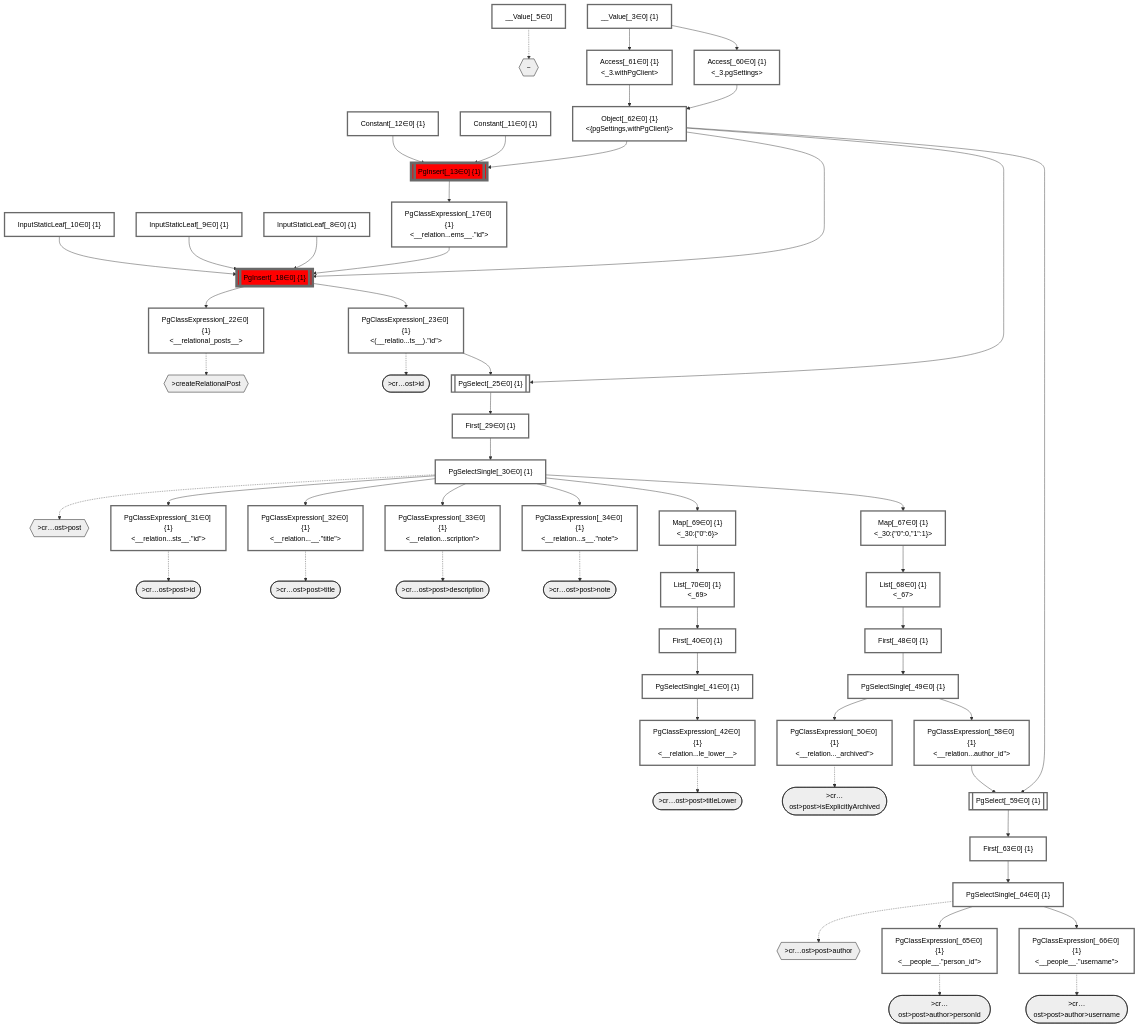
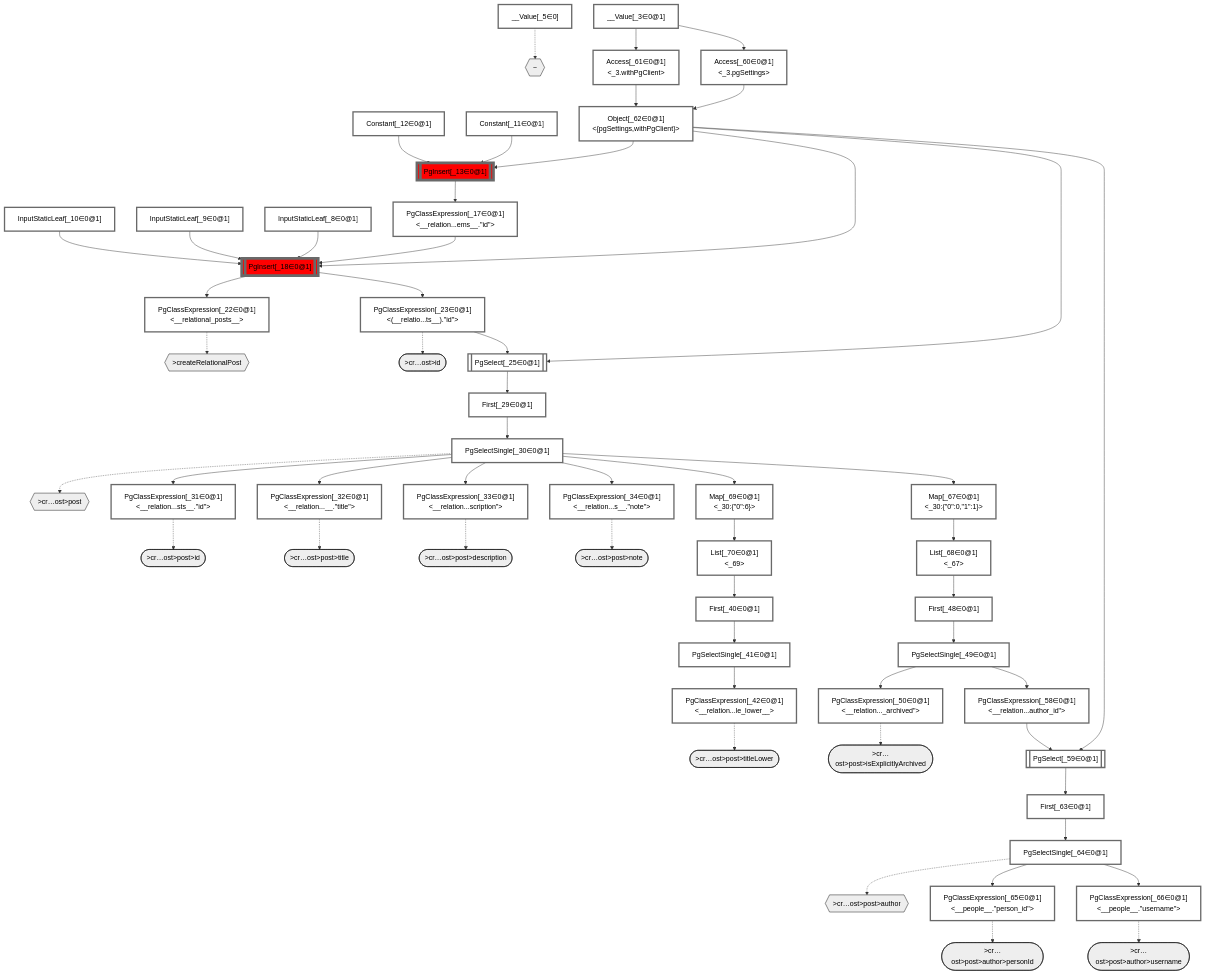
One commit to graphile/crystal changed the diagram in packages/dataplan-pg/__tests__/mutations/basics/create-relational-post.deopt.mermaid.md. Above: the diagram before and after it, drawn with Mermaid. The commit also changed 41 other files, not shown here.

Commit message:
New mermaid output with primary group IDs

```diff
--- a/packages/dataplan-pg/__tests__/mutations/basics/create-relational-post.deopt.mermaid.md
+++ b/packages/dataplan-pg/__tests__/mutations/basics/create-relational-post.deopt.mermaid.md
@@ -34,44 +34,44 @@
     %% end
 
     %% define plans
-    __Value_3["__Value[_3∈0] {1}<br /><context>"]:::plan
+    __Value_3["__Value[_3∈0@1]<br /><context>"]:::plan
     __Value_5["__Value[_5∈0]<br /><rootValue>"]:::plan
-    InputStaticLeaf_8["InputStaticLeaf[_8∈0] {1}"]:::plan
-    InputStaticLeaf_9["InputStaticLeaf[_9∈0] {1}"]:::plan
-    InputStaticLeaf_10["InputStaticLeaf[_10∈0] {1}"]:::plan
-    Constant_11["Constant[_11∈0] {1}"]:::plan
-    Constant_12["Constant[_12∈0] {1}"]:::plan
-    PgInsert_13[["PgInsert[_13∈0] {1}"]]:::sideeffectplan
-    PgClassExpression_17["PgClassExpression[_17∈0] {1}<br /><__relation...ems__.#quot;id#quot;>"]:::plan
-    PgInsert_18[["PgInsert[_18∈0] {1}"]]:::sideeffectplan
-    PgClassExpression_22["PgClassExpression[_22∈0] {1}<br /><__relational_posts__>"]:::plan
-    PgClassExpression_23["PgClassExpression[_23∈0] {1}<br /><(__relatio...ts__).#quot;id#quot;>"]:::plan
-    PgSelect_25[["PgSelect[_25∈0] {1}<br /><relational_posts>"]]:::plan
-    First_29["First[_29∈0] {1}"]:::plan
-    PgSelectSingle_30["PgSelectSingle[_30∈0] {1}<br /><relational_posts>"]:::plan
-    PgClassExpression_31["PgClassExpression[_31∈0] {1}<br /><__relation...sts__.#quot;id#quot;>"]:::plan
-    PgClassExpression_32["PgClassExpression[_32∈0] {1}<br /><__relation...__.#quot;title#quot;>"]:::plan
-    PgClassExpression_33["PgClassExpression[_33∈0] {1}<br /><__relation...scription#quot;>"]:::plan
-    PgClassExpression_34["PgClassExpression[_34∈0] {1}<br /><__relation...s__.#quot;note#quot;>"]:::plan
-    First_40["First[_40∈0] {1}"]:::plan
-    PgSelectSingle_41["PgSelectSingle[_41∈0] {1}<br /><text>"]:::plan
-    PgClassExpression_42["PgClassExpression[_42∈0] {1}<br /><__relation...le_lower__>"]:::plan
-    First_48["First[_48∈0] {1}"]:::plan
-    PgSelectSingle_49["PgSelectSingle[_49∈0] {1}<br /><relational_items>"]:::plan
-    PgClassExpression_50["PgClassExpression[_50∈0] {1}<br /><__relation..._archived#quot;>"]:::plan
-    PgClassExpression_58["PgClassExpression[_58∈0] {1}<br /><__relation...author_id#quot;>"]:::plan
-    PgSelect_59[["PgSelect[_59∈0] {1}<br /><people>"]]:::plan
-    Access_60["Access[_60∈0] {1}<br /><_3.pgSettings>"]:::plan
-    Access_61["Access[_61∈0] {1}<br /><_3.withPgClient>"]:::plan
-    Object_62["Object[_62∈0] {1}<br /><{pgSettings,withPgClient}>"]:::plan
-    First_63["First[_63∈0] {1}"]:::plan
-    PgSelectSingle_64["PgSelectSingle[_64∈0] {1}<br /><people>"]:::plan
-    PgClassExpression_65["PgClassExpression[_65∈0] {1}<br /><__people__.#quot;person_id#quot;>"]:::plan
-    PgClassExpression_66["PgClassExpression[_66∈0] {1}<br /><__people__.#quot;username#quot;>"]:::plan
-    Map_67["Map[_67∈0] {1}<br /><_30:{#quot;0#quot;:0,#quot;1#quot;:1}>"]:::plan
-    List_68["List[_68∈0] {1}<br /><_67>"]:::plan
-    Map_69["Map[_69∈0] {1}<br /><_30:{#quot;0#quot;:6}>"]:::plan
-    List_70["List[_70∈0] {1}<br /><_69>"]:::plan
+    InputStaticLeaf_8["InputStaticLeaf[_8∈0@1]"]:::plan
+    InputStaticLeaf_9["InputStaticLeaf[_9∈0@1]"]:::plan
+    InputStaticLeaf_10["InputStaticLeaf[_10∈0@1]"]:::plan
+    Constant_11["Constant[_11∈0@1]"]:::plan
+    Constant_12["Constant[_12∈0@1]"]:::plan
+    PgInsert_13[["PgInsert[_13∈0@1]"]]:::sideeffectplan
+    PgClassExpression_17["PgClassExpression[_17∈0@1]<br /><__relation...ems__.#quot;id#quot;>"]:::plan
+    PgInsert_18[["PgInsert[_18∈0@1]"]]:::sideeffectplan
+    PgClassExpression_22["PgClassExpression[_22∈0@1]<br /><__relational_posts__>"]:::plan
+    PgClassExpression_23["PgClassExpression[_23∈0@1]<br /><(__relatio...ts__).#quot;id#quot;>"]:::plan
+    PgSelect_25[["PgSelect[_25∈0@1]<br /><relational_posts>"]]:::plan
+    First_29["First[_29∈0@1]"]:::plan
+    PgSelectSingle_30["PgSelectSingle[_30∈0@1]<br /><relational_posts>"]:::plan
+    PgClassExpression_31["PgClassExpression[_31∈0@1]<br /><__relation...sts__.#quot;id#quot;>"]:::plan
+    PgClassExpression_32["PgClassExpression[_32∈0@1]<br /><__relation...__.#quot;title#quot;>"]:::plan
+    PgClassExpression_33["PgClassExpression[_33∈0@1]<br /><__relation...scription#quot;>"]:::plan
+    PgClassExpression_34["PgClassExpression[_34∈0@1]<br /><__relation...s__.#quot;note#quot;>"]:::plan
+    First_40["First[_40∈0@1]"]:::plan
+    PgSelectSingle_41["PgSelectSingle[_41∈0@1]<br /><text>"]:::plan
+    PgClassExpression_42["PgClassExpression[_42∈0@1]<br /><__relation...le_lower__>"]:::plan
+    First_48["First[_48∈0@1]"]:::plan
+    PgSelectSingle_49["PgSelectSingle[_49∈0@1]<br /><relational_items>"]:::plan
+    PgClassExpression_50["PgClassExpression[_50∈0@1]<br /><__relation..._archived#quot;>"]:::plan
+    PgClassExpression_58["PgClassExpression[_58∈0@1]<br /><__relation...author_id#quot;>"]:::plan
+    PgSelect_59[["PgSelect[_59∈0@1]<br /><people>"]]:::plan
+    Access_60["Access[_60∈0@1]<br /><_3.pgSettings>"]:::plan
+    Access_61["Access[_61∈0@1]<br /><_3.withPgClient>"]:::plan
+    Object_62["Object[_62∈0@1]<br /><{pgSettings,withPgClient}>"]:::plan
+    First_63["First[_63∈0@1]"]:::plan
+    PgSelectSingle_64["PgSelectSingle[_64∈0@1]<br /><people>"]:::plan
+    PgClassExpression_65["PgClassExpression[_65∈0@1]<br /><__people__.#quot;person_id#quot;>"]:::plan
+    PgClassExpression_66["PgClassExpression[_66∈0@1]<br /><__people__.#quot;username#quot;>"]:::plan
+    Map_67["Map[_67∈0@1]<br /><_30:{#quot;0#quot;:0,#quot;1#quot;:1}>"]:::plan
+    List_68["List[_68∈0@1]<br /><_67>"]:::plan
+    Map_69["Map[_69∈0@1]<br /><_30:{#quot;0#quot;:6}>"]:::plan
+    List_70["List[_70∈0@1]<br /><_69>"]:::plan
 
     %% plan dependencies
     Object_62 --> PgInsert_13
```
